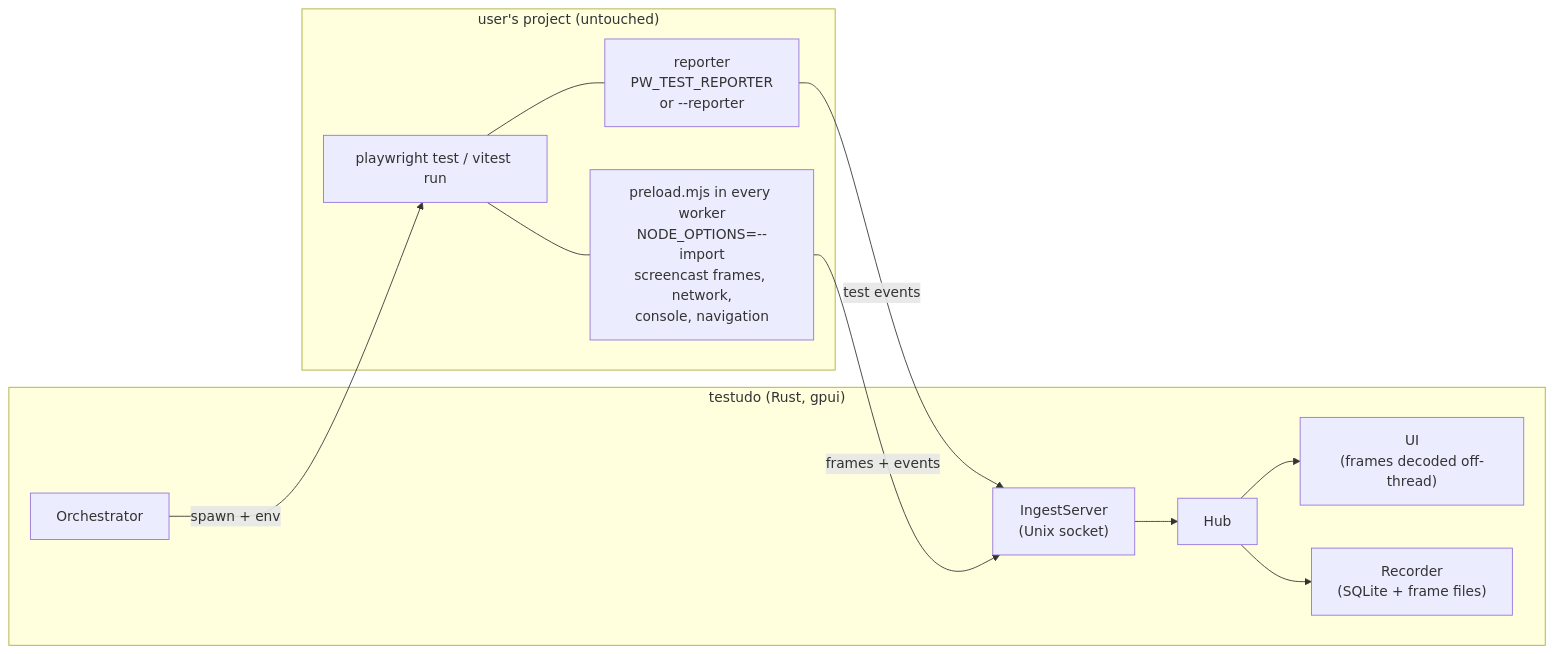
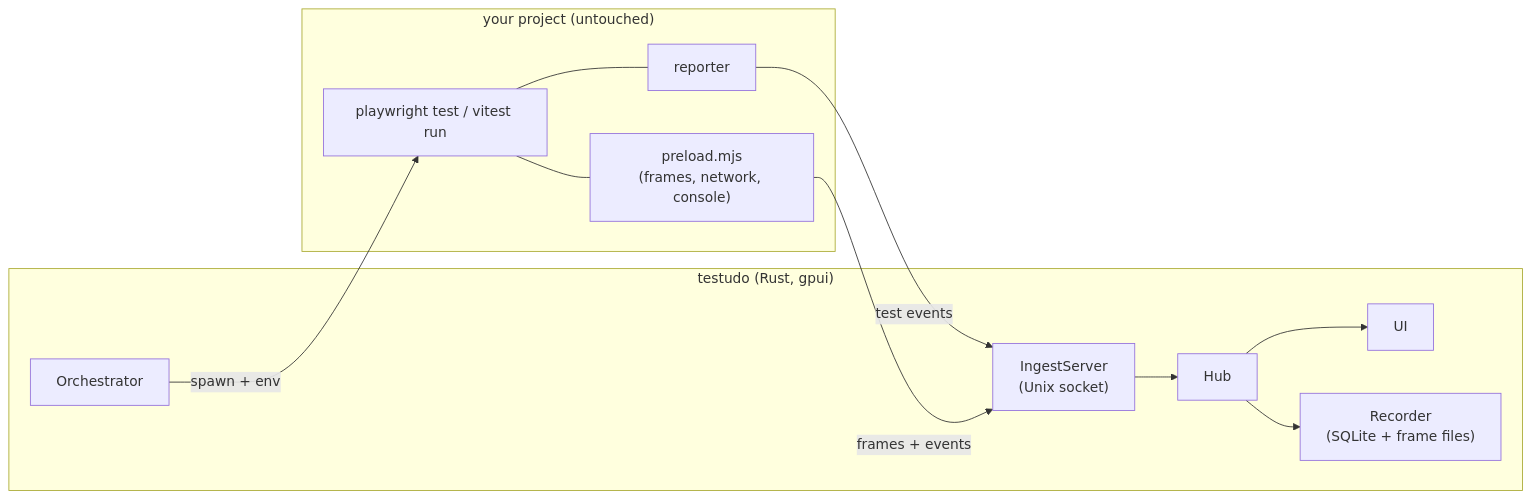
The diagram in README.md (ScarecrowAU/testudo), drawn with Mermaid before and after one commit. The commit also changed other lines of this file and 1 other file, not shown here.

````diff
--- a/README.md
+++ b/README.md
@@ -51,23 +87,23 @@
 ```mermaid
 flowchart LR
   subgraph testudo["testudo (Rust, gpui)"]
     orch[Orchestrator]
     ingest["IngestServer<br/>(Unix socket)"]
     hub[Hub]
-    ui["UI<br/>(frames decoded off-thread)"]
+    ui[UI]
     rec["Recorder<br/>(SQLite + frame files)"]
     ingest --> hub
     hub --> ui
     hub --> rec
   end
-  subgraph project["user's project (untouched)"]
+  subgraph project["your project (untouched)"]
     runner["playwright test / vitest run"]
-    reporter["reporter<br/>PW_TEST_REPORTER<br/>or --reporter"]
-    preload["preload.mjs in every worker<br/>NODE_OPTIONS=--import<br/>screencast frames, network,<br/>console, navigation"]
+    reporter["reporter"]
+    preload["preload.mjs<br/>(frames, network, console)"]
     runner --- reporter
     runner --- preload
   end
   orch -- "spawn + env" --> runner
   reporter -- "test events" --> ingest
   preload -- "frames + events" --> ingest
 ```
````
